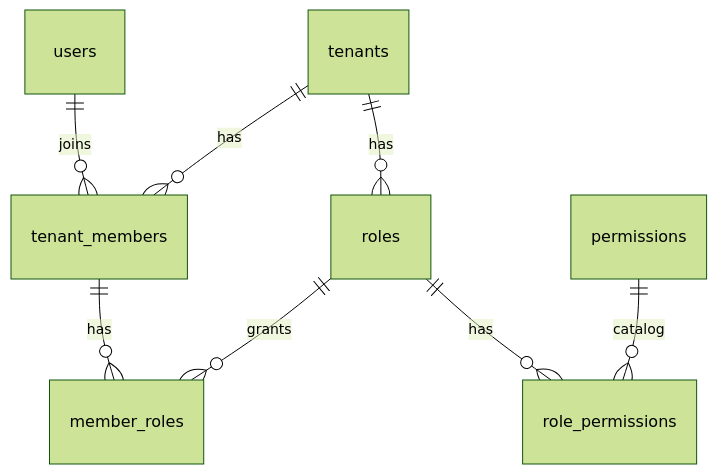
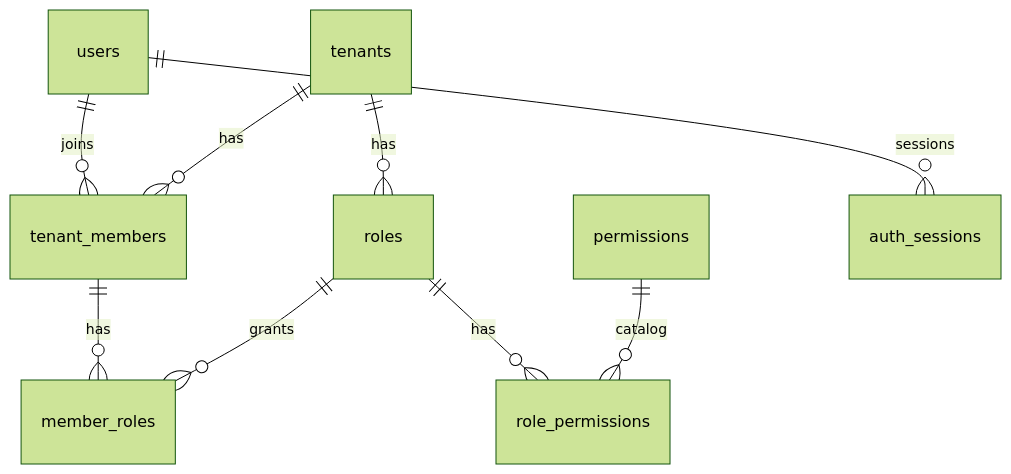
Before and after one commit to huochaigg/neorvion-erp: the first of 6 diagrams in docs/er.md, drawn with Mermaid (forest theme). The commit also changed other lines of this file and 103 other files, not shown here.

````diff
--- a/docs/er.md
+++ b/docs/er.md
@@ -7,10 +9,11 @@
 ```mermaid
 erDiagram
   users ||--o{ tenant_members : joins
   tenants ||--o{ tenant_members : has
   tenants ||--o{ roles : has
   tenant_members ||--o{ member_roles : has
   roles ||--o{ member_roles : grants
   roles ||--o{ role_permissions : has
   permissions ||--o{ role_permissions : catalog
+  users ||--o{ auth_sessions : sessions
 ```
````
